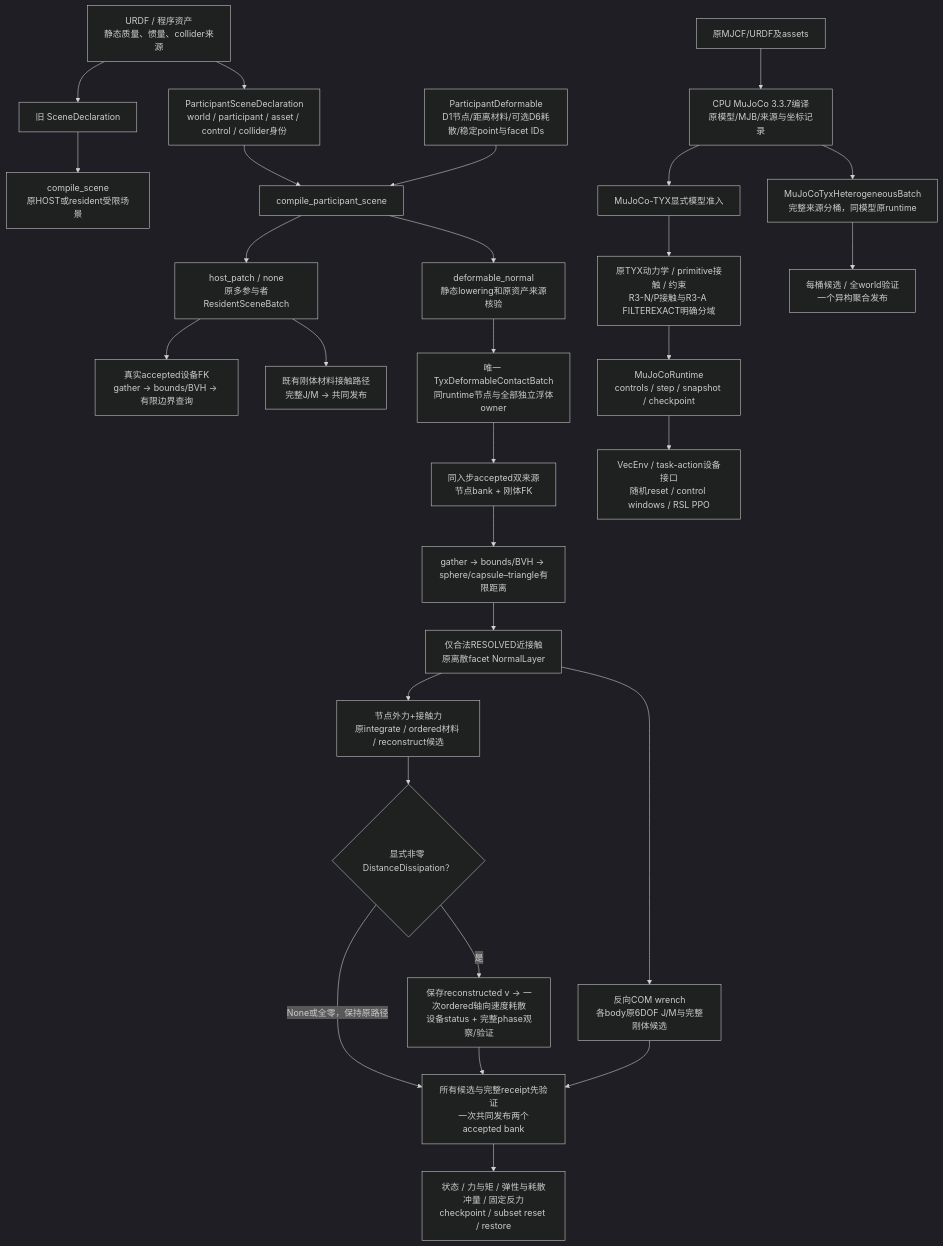
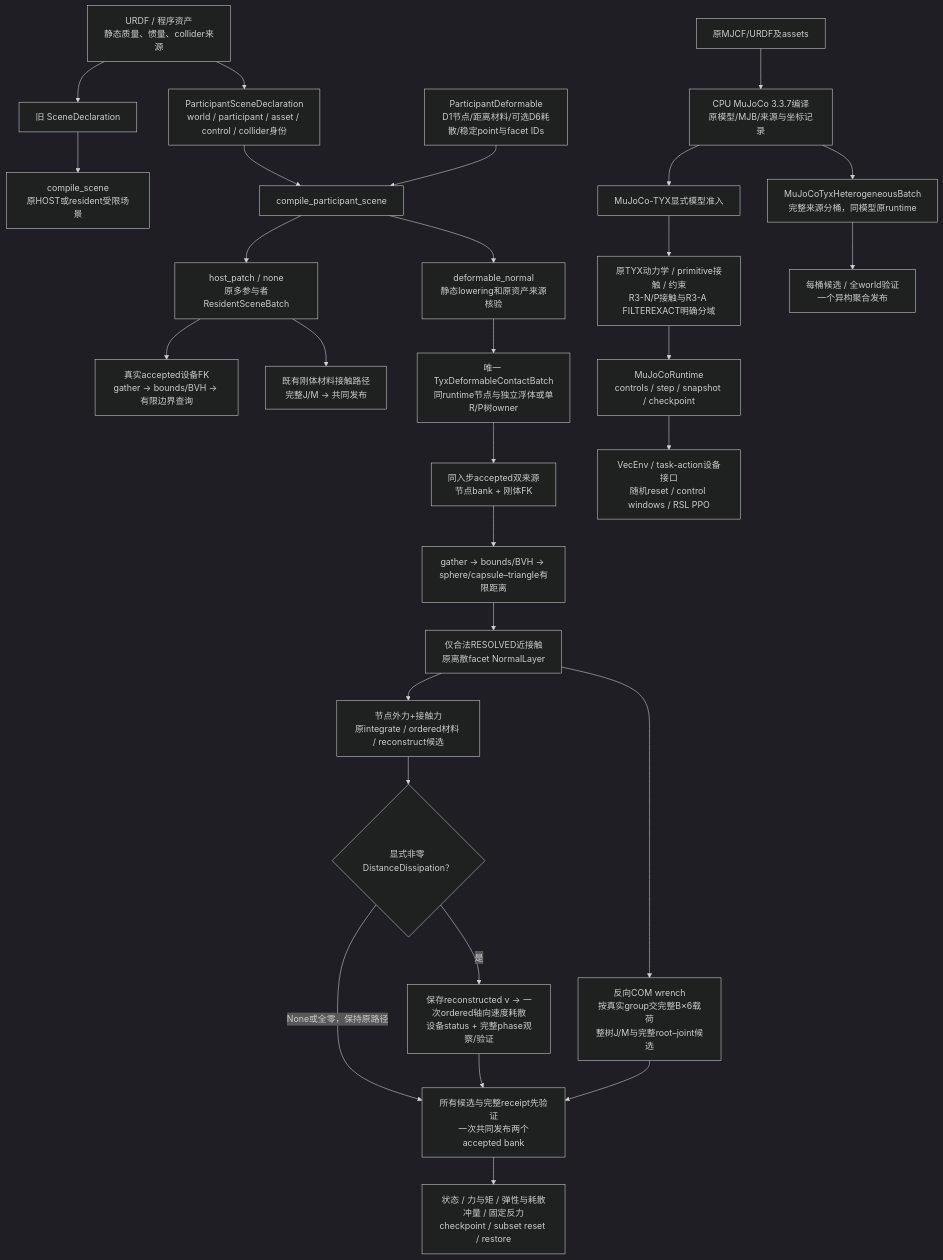
The diagram in docs/development/p65-feature-architecture-draft-20261113.md (ChenxrC/phymeo), drawn with Mermaid (dark theme) before and after one commit. The commit also changed other lines of this file and 4 other files, not shown here.

```diff
--- a/docs/development/p65-feature-architecture-draft-20261113.md
+++ b/docs/development/p65-feature-architecture-draft-20261113.md
@@ -16,39 +16,39 @@
 ~~~mermaid
 flowchart TD
   Asset["URDF / 程序资产<br/>静态质量、惯量、collider来源"]
   OldDecl["旧 SceneDeclaration"]
   PDecl["ParticipantSceneDeclaration<br/>world / participant / asset / control / collider身份"]
   Asset --> OldDecl
   Asset --> PDecl
   OldDecl --> Old["compile_scene<br/>原HOST或resident受限场景"]
 
   PDecl --> Factory["compile_participant_scene"]
   Factory --> RScene["host_patch / none<br/>原多参与者ResidentSceneBatch"]
   RScene --> M1["真实accepted设备FK<br/>gather → bounds/BVH → 有限边界查询"]
   RScene --> RResponse["既有刚体材料接触路径<br/>完整J/M → 共同发布"]
 
   NodeDecl["ParticipantDeformable<br/>D1节点/距离材料/可选D6耗散/稳定point与facet IDs"]
   NodeDecl --> Factory
   Factory --> D5["deformable_normal<br/>静态lowering和原资产来源核验"]
-  D5 --> Joint["唯一 TyxDeformableContactBatch<br/>同runtime节点与全部独立浮体owner"]
+  D5 --> Joint["唯一 TyxDeformableContactBatch<br/>同runtime节点与独立浮体或单R/P树owner"]
   Joint --> Dual["同入步accepted双来源<br/>节点bank + 刚体FK"]
   Dual --> D2["gather → bounds/BVH → sphere/capsule–triangle有限距离"]
   D2 --> Law["仅合法RESOLVED近接触<br/>原离散facet NormalLayer"]
   Law --> NodeCandidate["节点外力+接触力<br/>原integrate / ordered材料 / reconstruct候选"]
-  Law --> RigidCandidate["反向COM wrench<br/>各body原6DOF J/M与完整刚体候选"]
+  Law --> RigidCandidate["反向COM wrench<br/>按真实group交完整B×6载荷<br/>整树J/M与完整root–joint候选"]
   NodeCandidate --> D6Choice{"显式非零 DistanceDissipation？"}
   D6Choice -->|是| D6["保存reconstructed v → 一次ordered轴向速度耗散<br/>设备status + 完整phase观察/验证"]
   D6Choice -->|None或全零，保持原路径| Commit["所有候选与完整receipt先验证<br/>一次共同发布两个accepted bank"]
   D6 --> Commit
   RigidCandidate --> Commit
   Commit --> Public["状态 / 力与矩 / 弹性与耗散冲量 / 固定反力<br/>checkpoint / subset reset / restore"]
 
   Native["原MJCF/URDF及assets"]
   Native --> Compile["CPU MuJoCo 3.3.7编译<br/>原模型/MJB/来源与坐标记录"]
   Compile --> Admission["MuJoCo-TYX显式模型准入"]
   Admission --> NativeTYX["原TYX动力学 / primitive接触 / 约束<br/>R3-N/P接触与R3-A FILTEREXACT明确分域"]
   NativeTYX --> NativeRuntime["MuJoCoRuntime<br/>controls / step / snapshot / checkpoint"]
   NativeRuntime --> Train["VecEnv / task-action设备接口<br/>随机reset / control windows / RSL PPO"]
   Compile --> Buckets["MuJoCoTyxHeterogeneousBatch<br/>完整来源分桶，同模型原runtime"]
   Buckets --> Multi["每桶候选 / 全world验证<br/>一个异构聚合发布"]
 ~~~
```
